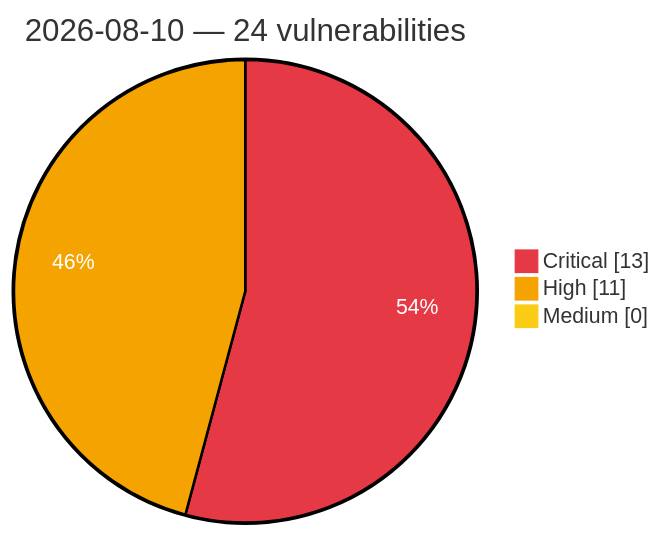
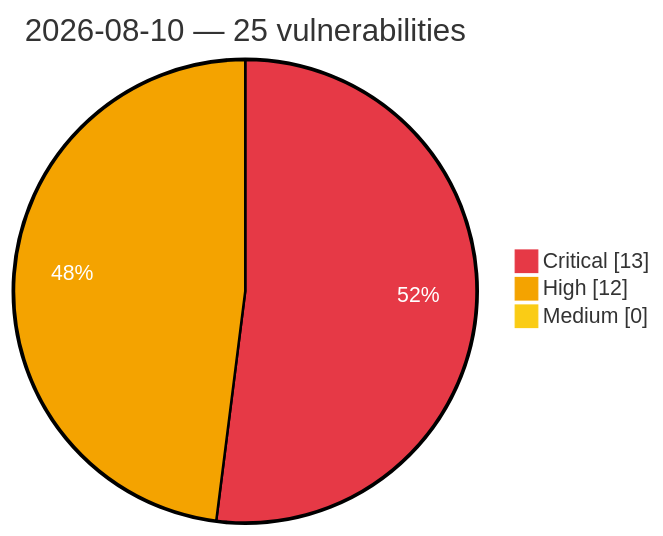
One commit to GhostX0X/vuln-tracker changed the diagram in vulnerabilities/2026/August/2026-08-10.md. Above: the diagram before and after it, drawn with Mermaid. The commit also changed other lines of this file and 5 other files, not shown here.

````diff
--- a/vulnerabilities/2026/August/2026-08-10.md
+++ b/vulnerabilities/2026/August/2026-08-10.md
@@ -3,8 +3,8 @@
 ```mermaid
 %%{init: {'theme':'base', 'themeVariables': {'pie1':'#e63946', 'pie2':'#f4a300', 'pie3':'#facc15', 'pieOpacity':'1', 'pieOuterStrokeWidth':'2px', 'pieSectionTextColor':'#ffffff'}}}%%
 pie showData
-    title 2026-08-10 — 24 vulnerabilities
+    title 2026-08-10 — 25 vulnerabilities
     "Critical" : 13
-    "High" : 11
+    "High" : 12
     "Medium" : 0
 ```
````
